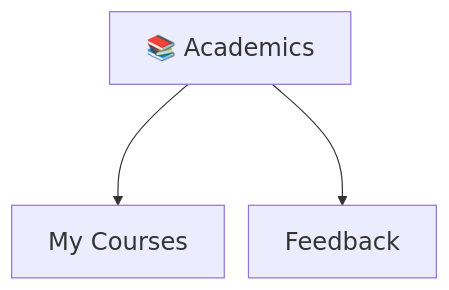
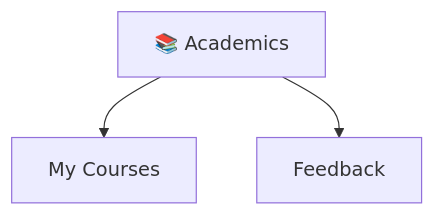
Before and after one commit to ankitn1311/acharya_docs: the fourth of 7 diagrams in src/content/modules/employee/my-menu/my-profile.mdx, drawn with Mermaid. The commit also changed other lines of this file, not shown here.

Commit message:
charts immproved

````diff
--- a/src/content/modules/employee/my-menu/my-profile.mdx
+++ b/src/content/modules/employee/my-menu/my-profile.mdx
@@ -212,6 +182,5 @@
 ```mermaid
-%%{init: {'theme': 'default', 'themeVariables': {'fontSize': '20px', 'nodePadding': '18px', 'nodeBorderRadius': '1px'}, 'flowchart': {'rankSpacing': 100, 'nodeSpacing': 20}}}%%
-graph TB
+flowchart TD
     D[📚 Academics] --> D1[My Courses]
     D --> D2[Feedback]
 ```
````
